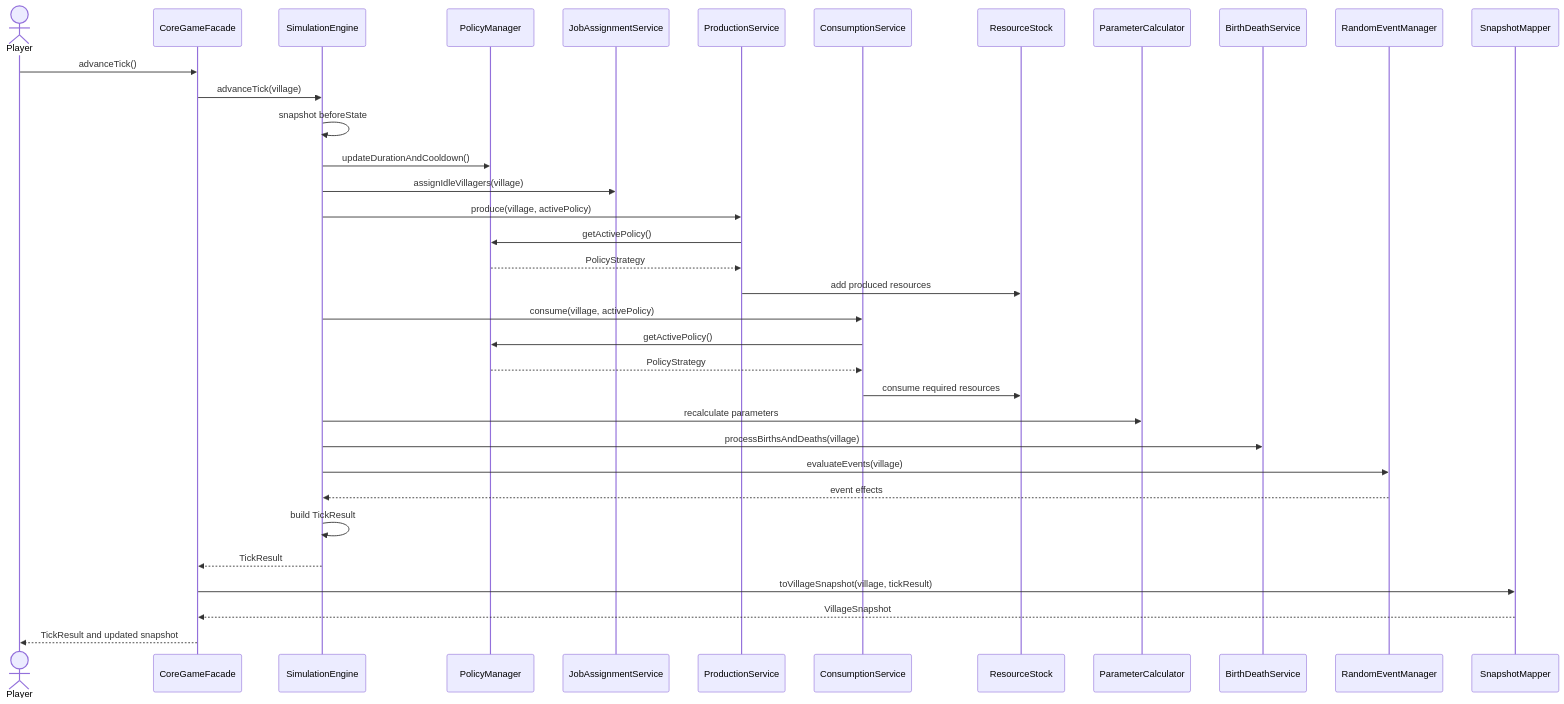
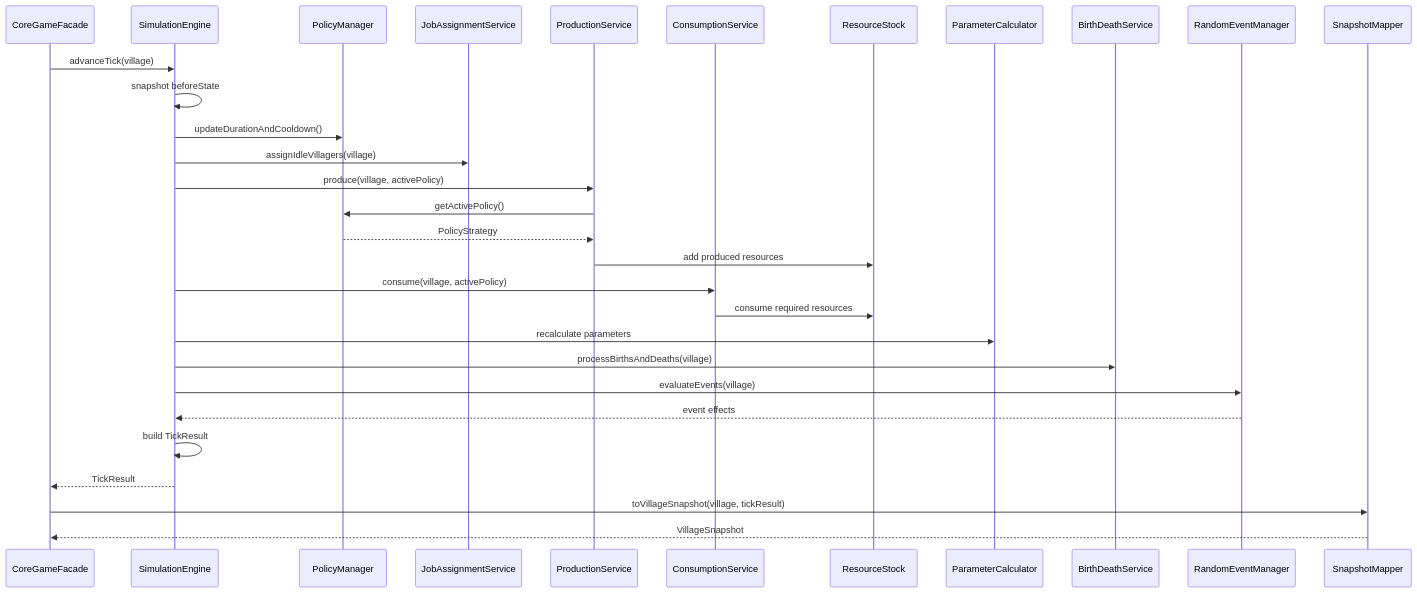
One commit to edope704/DaimyoSimulator changed diagram 12 of 14 in docs/DesignDocument.md. Above: the diagram before and after it, drawn with Mermaid. The commit also changed other lines of this file, not shown here.

````diff
--- a/docs/DesignDocument.md
+++ b/docs/DesignDocument.md
@@ -790,38 +397,33 @@
 ```mermaid
 sequenceDiagram
-    actor Player
     participant C as CoreGameFacade
     participant E as SimulationEngine
     participant PM as PolicyManager
     participant JR as JobAssignmentService
     participant PR as ProductionService
     participant CS as ConsumptionService
     participant RC as ResourceStock
     participant PC as ParameterCalculator
     participant BD as BirthDeathService
     participant REM as RandomEventManager
     participant VM as SnapshotMapper
 
-    Player->>C: advanceTick()
     C->>E: advanceTick(village)
     E->>E: snapshot beforeState
     E->>PM: updateDurationAndCooldown()
     E->>JR: assignIdleVillagers(village)
     E->>PR: produce(village, activePolicy)
     PR->>PM: getActivePolicy()
     PM-->>PR: PolicyStrategy
     PR->>RC: add produced resources
     E->>CS: consume(village, activePolicy)
-    CS->>PM: getActivePolicy()
-    PM-->>CS: PolicyStrategy
     CS->>RC: consume required resources
     E->>PC: recalculate parameters
     E->>BD: processBirthsAndDeaths(village)
     E->>REM: evaluateEvents(village)
     REM-->>E: event effects
     E->>E: build TickResult
     E-->>C: TickResult
     C->>VM: toVillageSnapshot(village, tickResult)
     VM-->>C: VillageSnapshot
-    C-->>Player: TickResult and updated snapshot
 ```
````
